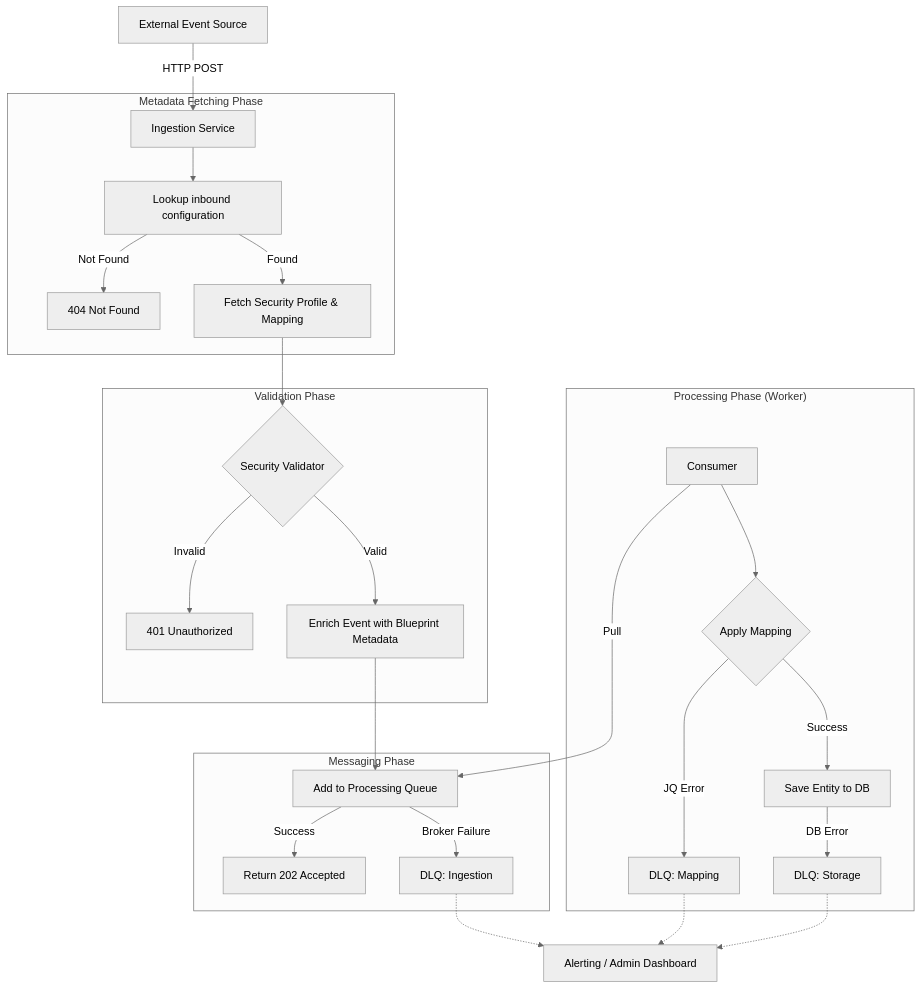
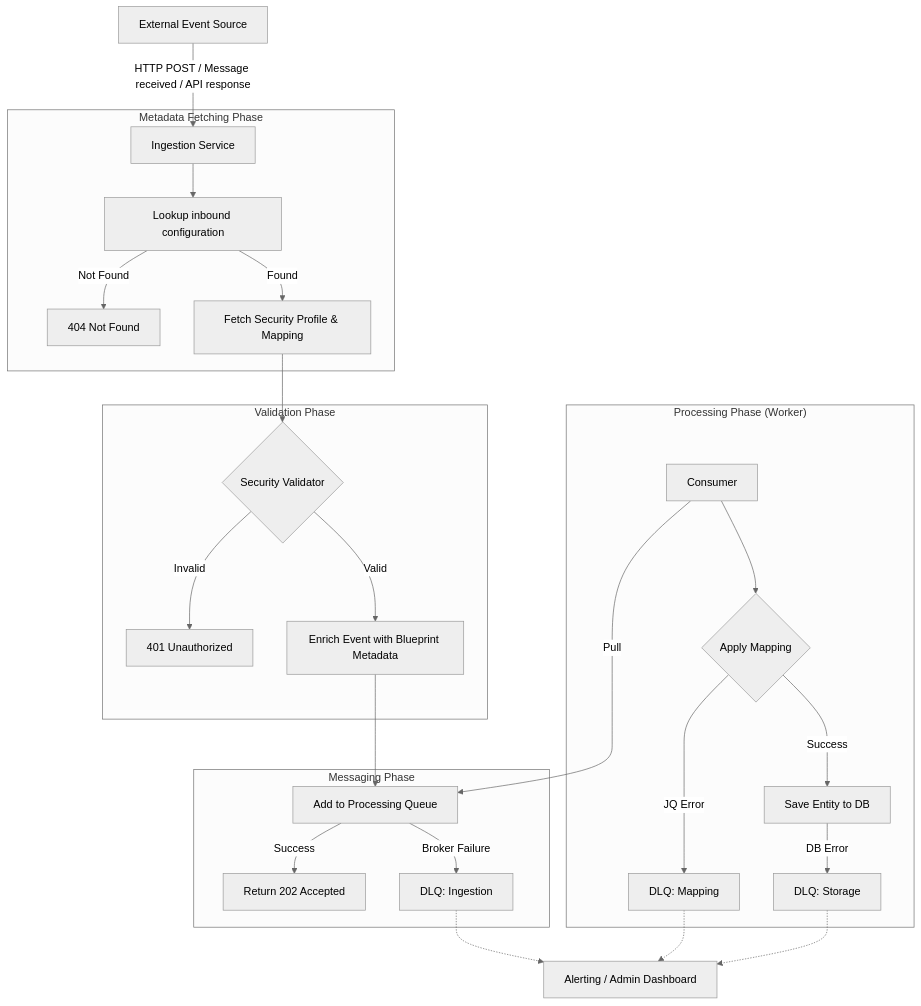
The diagram in docs/src/contributing/adrs/0003-data-ingestion-framework.md (Decathlon/internal-developer-platform), drawn with Mermaid (neutral theme) before and after one commit. The commit also changed other lines of this file, not shown here.

Commit message:
chore(): adr for data ingestion framework

````diff
--- a/docs/src/contributing/adrs/0003-data-ingestion-framework.md
+++ b/docs/src/contributing/adrs/0003-data-ingestion-framework.md
@@ -25,36 +25,36 @@
 ```mermaid
 graph TD
     %% Entry Point
-    A[External Event Source] -->|HTTP POST| B[Ingestion Service]
+    A[External Event Source] -->|HTTP POST / Message received / API response| B[Ingestion Service]
 
     subgraph "Metadata Fetching Phase"
         B --> C[Lookup inbound configuration]
         C -->|Not Found| D[404 Not Found]
         C -->|Found| E[Fetch Security Profile & Mapping]
     end
 
     subgraph "Validation Phase"
         E --> F{Security Validator}
         F -->|Invalid| G[401 Unauthorized]
         F -->|Valid| H[Enrich Event with Blueprint Metadata]
     end
 
     subgraph "Messaging Phase"
         H --> I[Add to Processing Queue]
         I -->|Success| J[Return 202 Accepted]
         I -->|Broker Failure| K[DLQ: Ingestion]
     end
 
     subgraph "Processing Phase (Worker)"
         L[Consumer] -->|Pull| I
         L --> M{Apply Mapping}
         M -->|JQ Error| N[DLQ: Mapping]
         M -->|Success| O[Save Entity to DB]
         O -->|DB Error| P[DLQ: Storage]
     end
 
     %% Error Management
     K -.-> Q[Alerting / Admin Dashboard]
     N -.-> Q
     P -.-> Q
 ```
````
